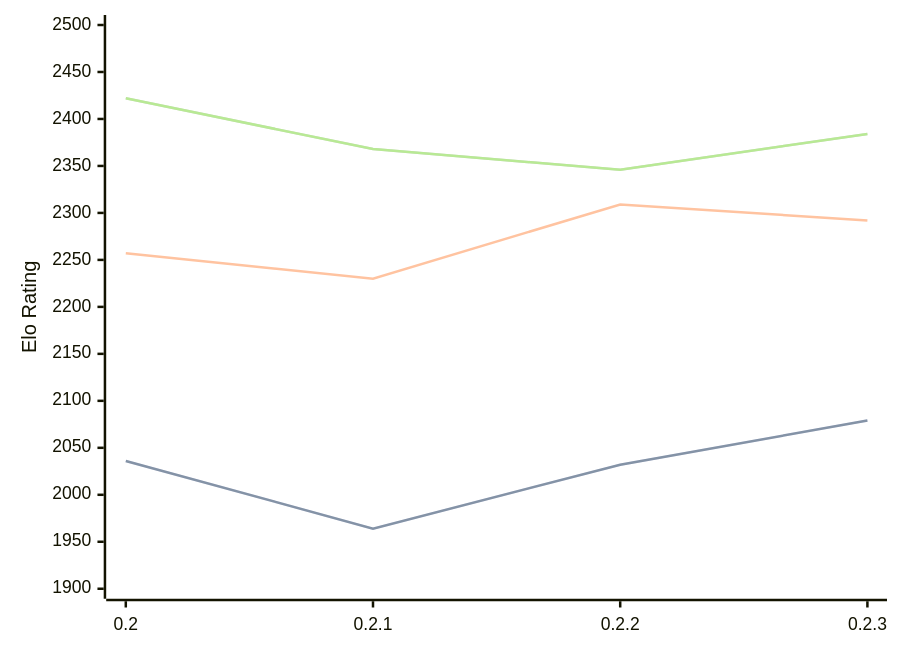
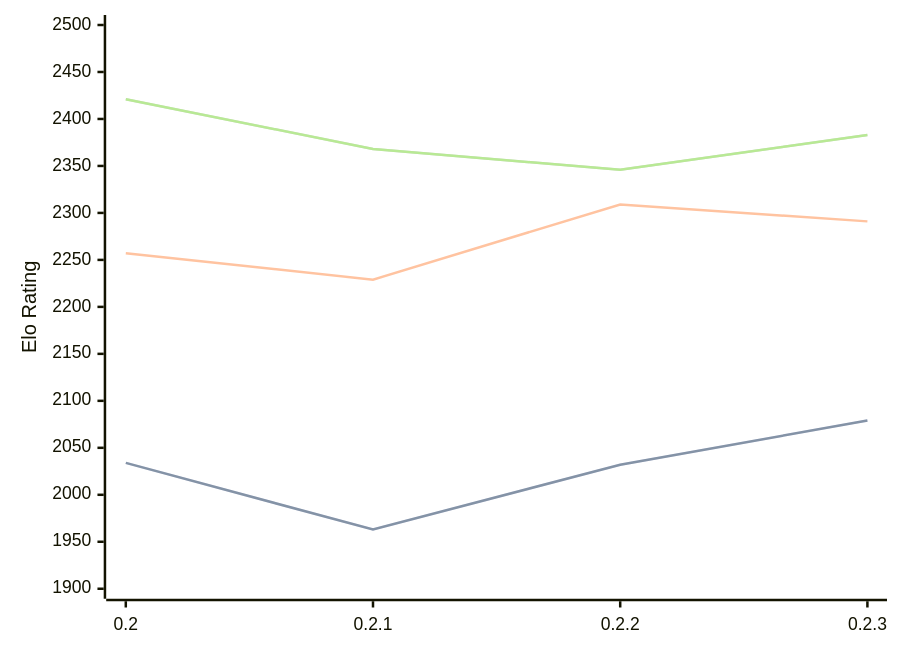
Before and after one commit to computer-chess-index/cci: the diagram in engines/Lolbot.md, drawn with Mermaid. The commit also changed other lines of this file, not shown here.

Commit message:
Update CCI Ratings (ELO VLTC) - 2026-03-09

````diff
--- a/engines/Lolbot.md
+++ b/engines/Lolbot.md
@@ -33,11 +33,11 @@
 ```mermaid
 %%{init: {"theme":"base","themeVariables":{"seriesColors:['#a3a3a3','#222221','#faa371']}}}%%
 xychart-beta
   x-axis ["0.2", "0.2.1", "0.2.2", "0.2.3"]
   y-axis "Elo Rating" 1900 --> 2500
-  line "STC (8.0+0.08s)" [2036, 1964, 2032, 2079]
-  line "STC (8.0+0.08s)" [2036, 1964, 2032, 2079]
-  line "LTC (60.0+0.60s)" [2257, 2230, 2309, 2292]
-  line "VLTC (2m24s+1.12s)" [2422, 2368, 2346, 2384]
-  line "VLTC (2m24s+1.12s)" [2422, 2368, 2346, 2384]
+  line "STC (8.0+0.08s)" [2034, 1963, 2032, 2079]
+  line "STC (8.0+0.08s)" [2034, 1963, 2032, 2079]
+  line "LTC (60.0+0.60s)" [2257, 2229, 2309, 2291]
+  line "VLTC (2m24s+1.12s)" [2421, 2368, 2346, 2383]
+  line "VLTC (2m24s+1.12s)" [2421, 2368, 2346, 2383]
 ```
````
